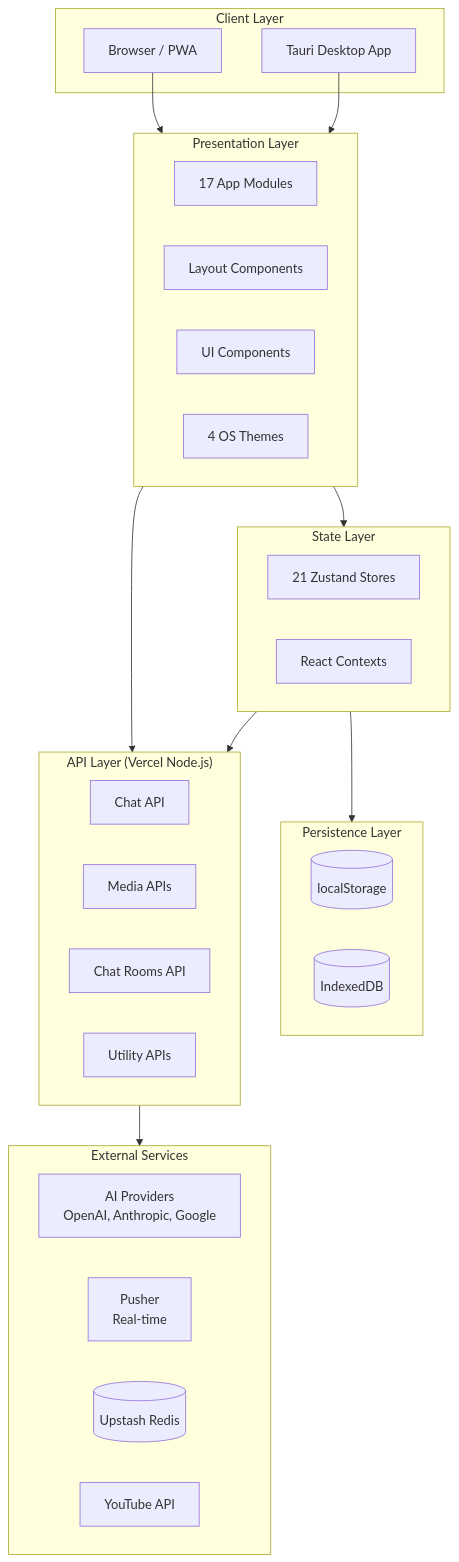
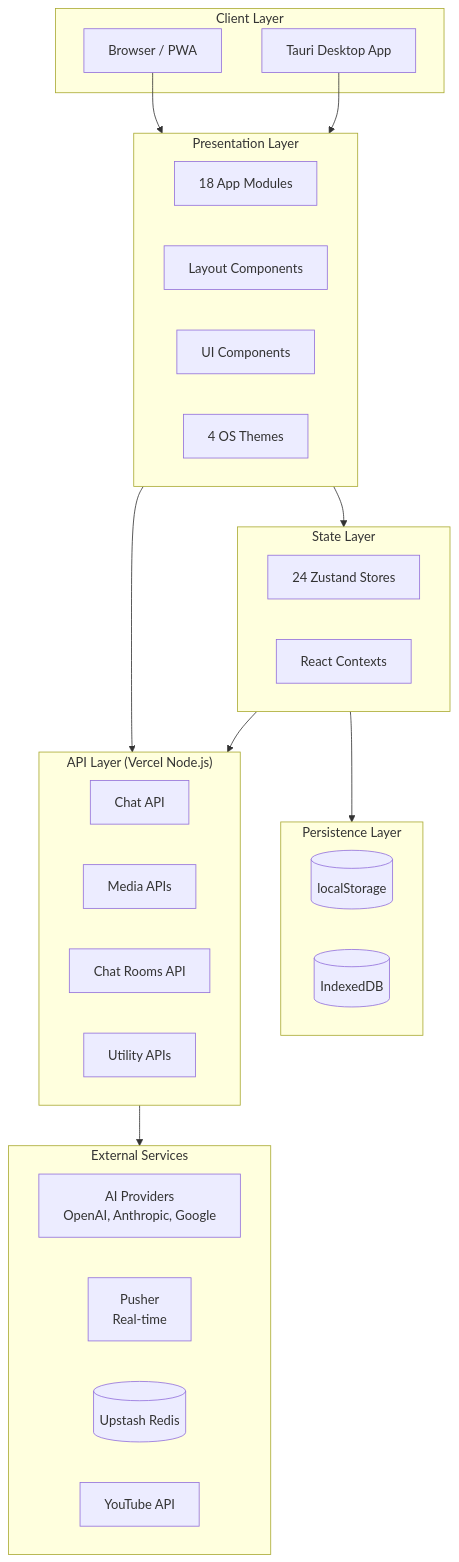
One commit to ryokun6/ryos changed the first of 6 diagrams in docs/1.1-architecture.md. Above: the diagram before and after it, drawn with Mermaid. The commit also changed 56 other files, not shown here.

````diff
--- a/docs/1.1-architecture.md
+++ b/docs/1.1-architecture.md
@@ -7,46 +7,46 @@
 ```mermaid
 graph TB
     subgraph Client["Client Layer"]
         Browser[Browser / PWA]
         Desktop[Tauri Desktop App]
     end
     
     subgraph Presentation["Presentation Layer"]
-        Apps[17 App Modules]
+        Apps[18 App Modules]
         Layout[Layout Components]
         UI[UI Components]
         Themes[4 OS Themes]
     end
     
     subgraph State["State Layer"]
-        Zustand[21 Zustand Stores]
+        Zustand[24 Zustand Stores]
         Contexts[React Contexts]
     end
     
     subgraph Persistence["Persistence Layer"]
         LocalStorage[(localStorage)]
         IndexedDB[(IndexedDB)]
     end
     
     subgraph API["API Layer (Vercel Node.js)"]
         Chat[Chat API]
         Media[Media APIs]
         Rooms[Chat Rooms API]
         Utility[Utility APIs]
     end
     
     subgraph External["External Services"]
         AI[AI Providers<br/>OpenAI, Anthropic, Google]
         Pusher[Pusher<br/>Real-time]
         Redis[(Upstash Redis)]
         YouTube[YouTube API]
     end
     
     Browser --> Presentation
     Desktop --> Presentation
     Presentation --> State
     State --> Persistence
     Presentation --> API
     API --> External
     State --> API
 ```
````
